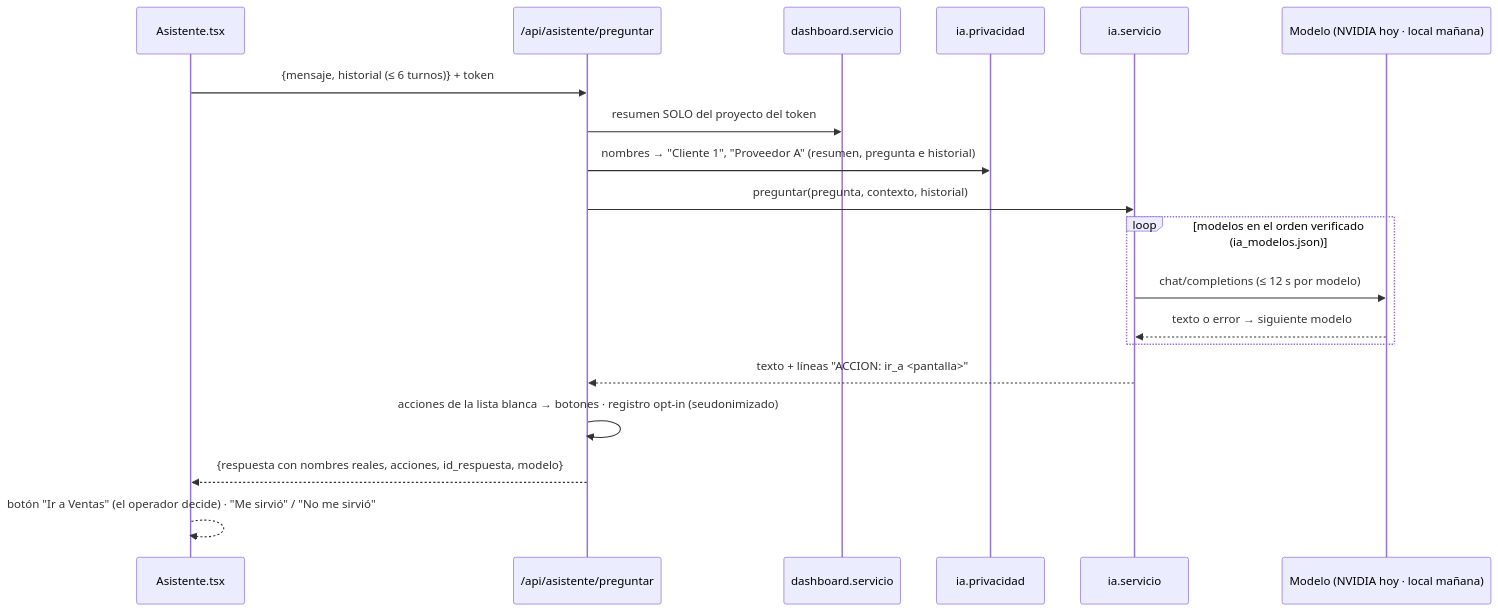
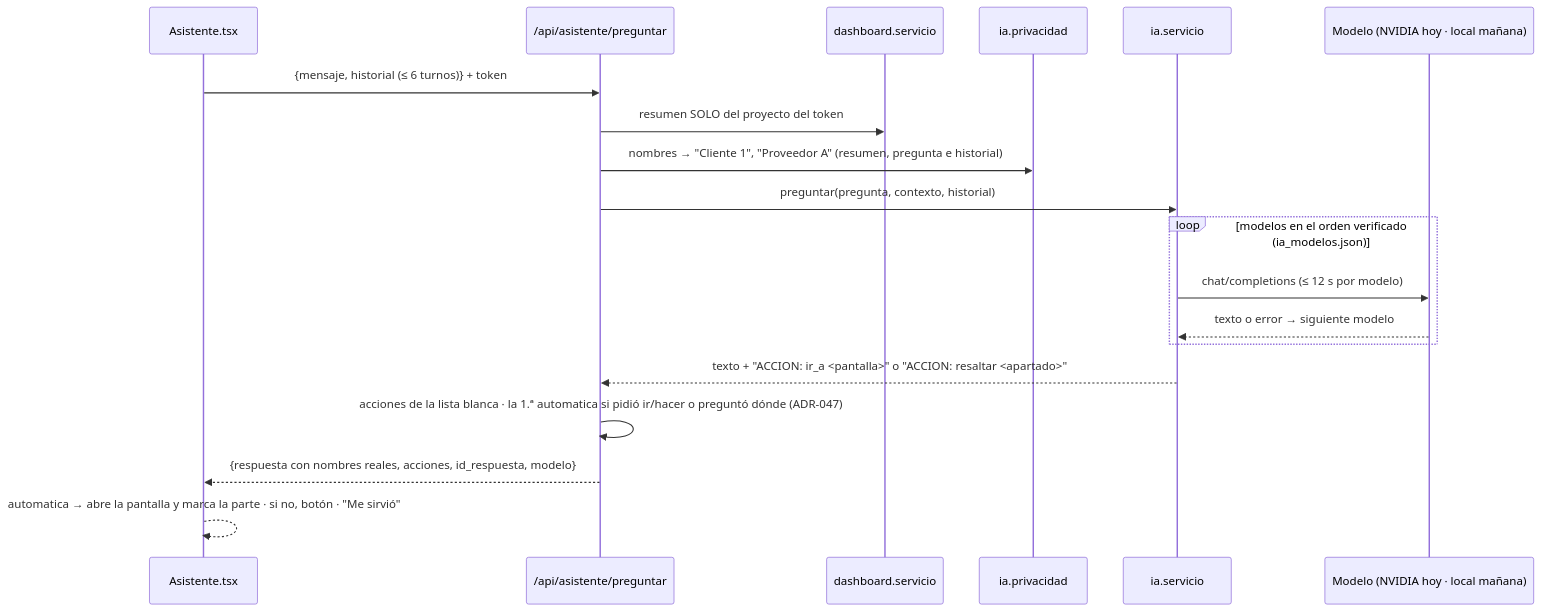
Before and after one commit to JoseFM2808/Mi-puestito: the fifth of 6 diagrams in .ai-context/01-logica-sistema.md, drawn with Mermaid. The commit also changed other lines of this file and 54 other files, not shown here.

````diff
--- a/.ai-context/01-logica-sistema.md
+++ b/.ai-context/01-logica-sistema.md
@@ -148,21 +148,21 @@
 ```mermaid
 sequenceDiagram
     participant UI as Asistente.tsx
     participant R as /api/asistente/preguntar
     participant D as dashboard.servicio
     participant P as ia.privacidad
     participant S as ia.servicio
     participant M as Modelo (NVIDIA hoy · local mañana)
     UI->>R: {mensaje, historial (≤ 6 turnos)} + token
     R->>D: resumen SOLO del proyecto del token
     R->>P: nombres → "Cliente 1", "Proveedor A" (resumen, pregunta e historial)
     R->>S: preguntar(pregunta, contexto, historial)
     loop modelos en el orden verificado (ia_modelos.json)
         S->>M: chat/completions (≤ 12 s por modelo)
         M-->>S: texto o error → siguiente modelo
     end
-    S-->>R: texto + líneas "ACCION: ir_a <pantalla>"
-    R->>R: acciones de la lista blanca → botones · registro opt-in (seudonimizado)
+    S-->>R: texto + "ACCION: ir_a <pantalla>" o "ACCION: resaltar <apartado>"
+    R->>R: acciones de la lista blanca · la 1.ª automatica si pidió ir/hacer o preguntó dónde (ADR-047)
     R-->>UI: {respuesta con nombres reales, acciones, id_respuesta, modelo}
-    UI-->>UI: botón "Ir a Ventas" (el operador decide) · "Me sirvió" / "No me sirvió"
+    UI-->>UI: automatica → abre la pantalla y marca la parte · si no, botón · "Me sirvió"
 ```
````
